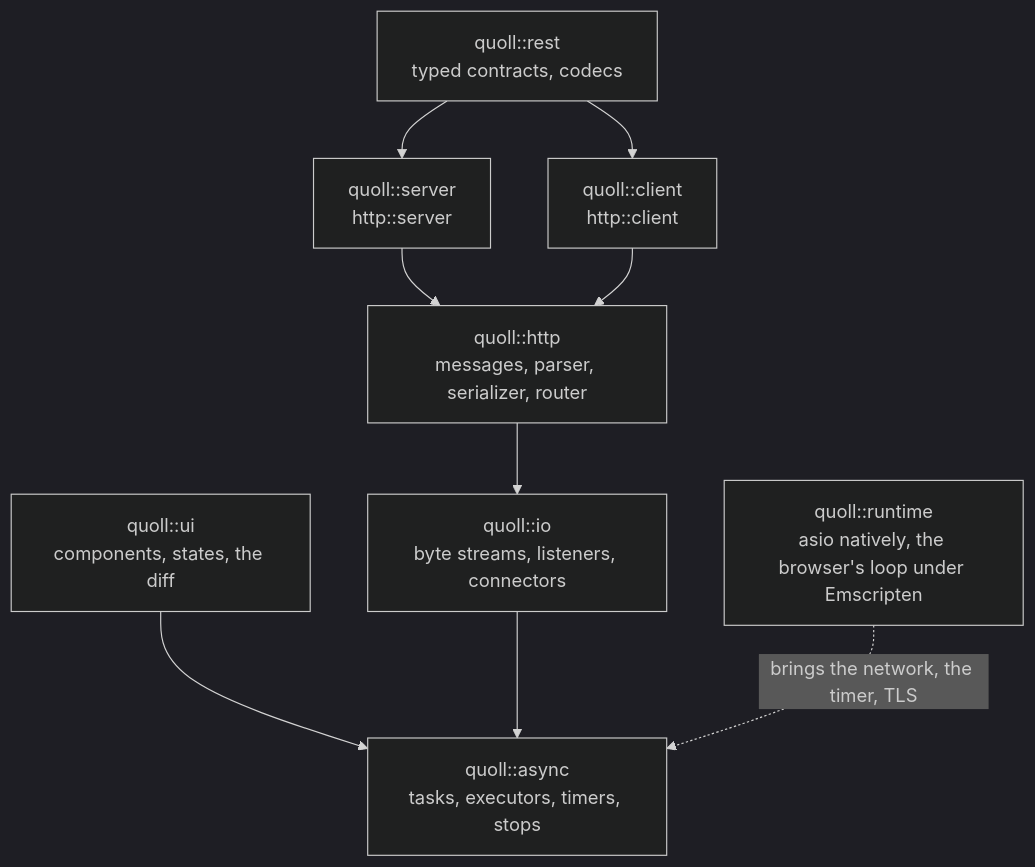
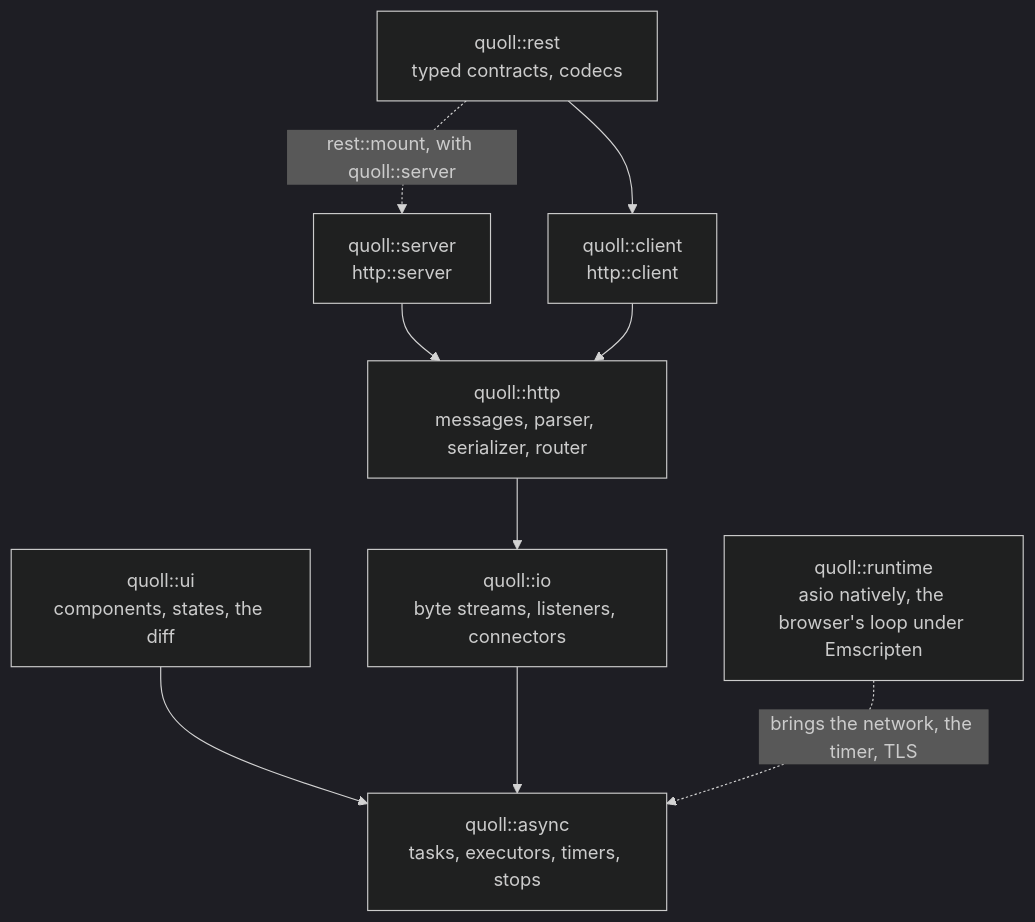
The diagram in docs/concepts.md (4thlabs/quoll), drawn with Mermaid (dark theme) before and after one commit. The commit also changed other lines of this file and 5 other files, not shown here.

````diff
--- a/docs/concepts.md
+++ b/docs/concepts.md
@@ -8,17 +8,18 @@
 ```mermaid
 flowchart TB
   ui["quoll::ui<br/>components, states, the diff"]
   rest["quoll::rest<br/>typed contracts, codecs"]
   server["quoll::server<br/>http::server"]
   client["quoll::client<br/>http::client"]
   http["quoll::http<br/>messages, parser, serializer, router"]
   io["quoll::io<br/>byte streams, listeners, connectors"]
   async["quoll::async<br/>tasks, executors, timers, stops"]
   runtime["quoll::runtime<br/>asio natively, the browser's loop under Emscripten"]
 
   ui --> async
-  rest --> server & client
+  rest --> client
+  rest -. "rest::mount, with quoll::server" .-> server
   server & client --> http
   http --> io --> async
   runtime -. "brings the network, the timer, TLS" .-> async
 ```
````
